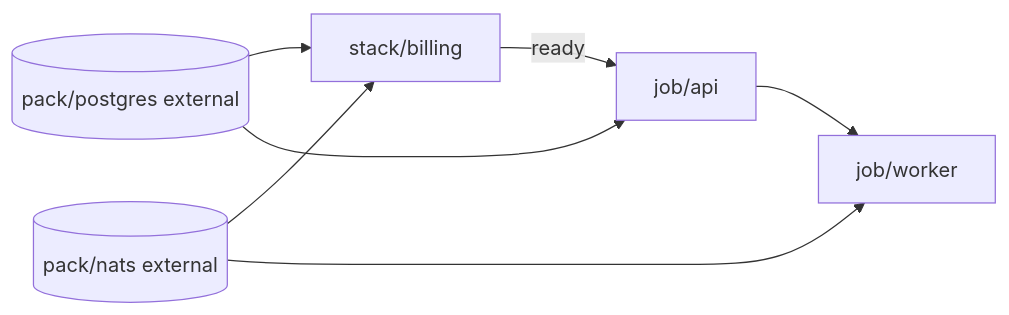
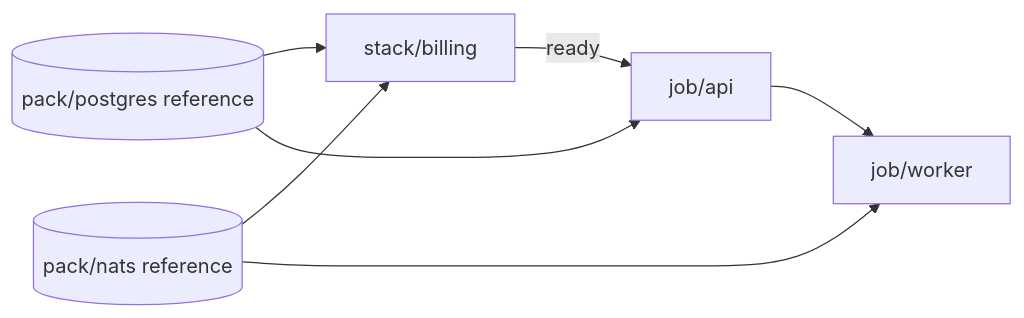
Before and after one commit to bacanoo-io/norca-deployer: the diagram in design/platform-management-design.md, drawn with Mermaid. The commit also changed other lines of this file and 39 other files, not shown here.

````diff
--- a/design/platform-management-design.md
+++ b/design/platform-management-design.md
@@ -761,9 +981,9 @@
 ```mermaid
 flowchart LR
-  postgres[(pack/postgres external)] --> billing[stack/billing]
-  nats[(pack/nats external)] --> billing
+  postgres[(pack/postgres reference)] --> billing[stack/billing]
+  nats[(pack/nats reference)] --> billing
   postgres --> api[job/api]
   billing -->|ready| api
   nats --> worker[job/worker]
   api --> worker
 ```
````
